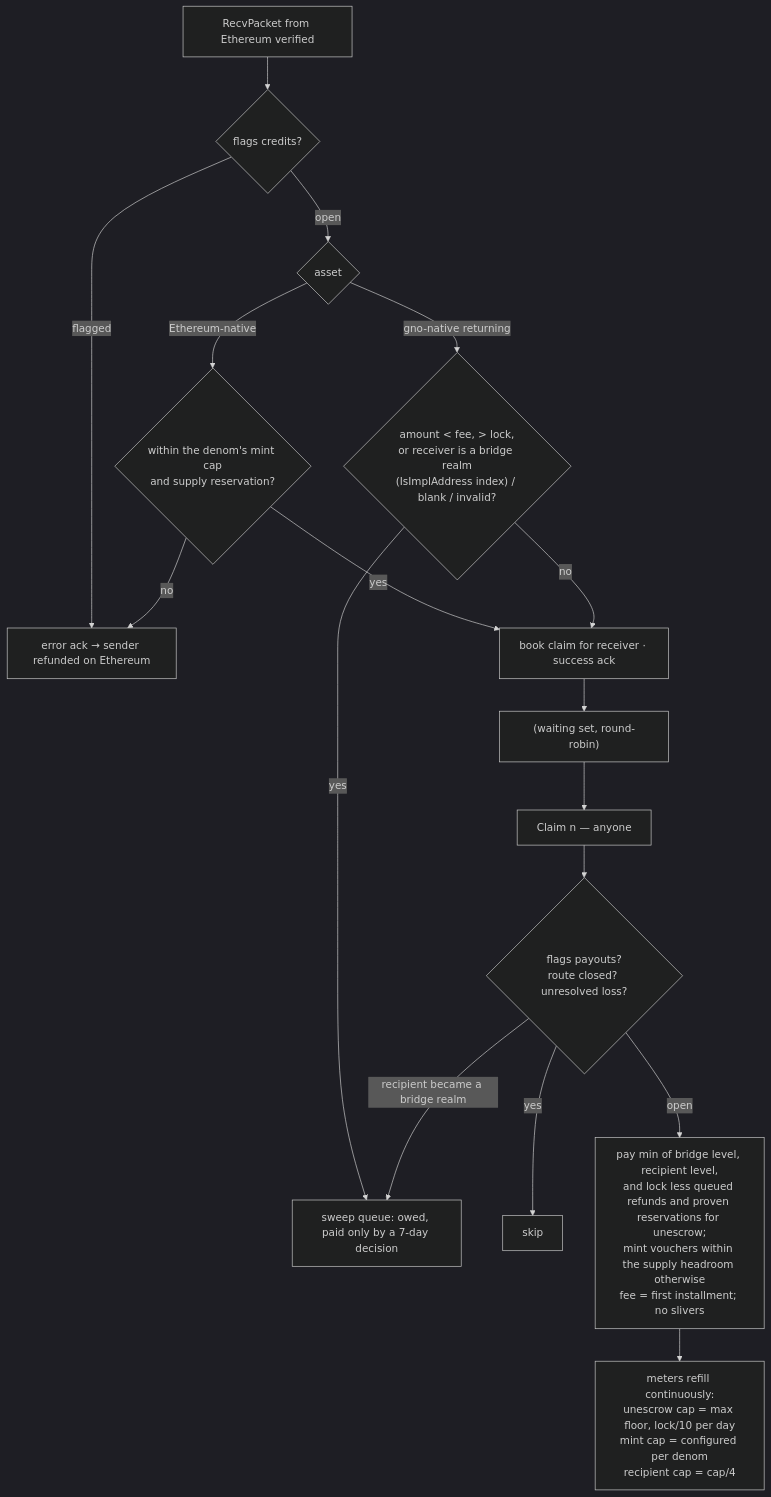
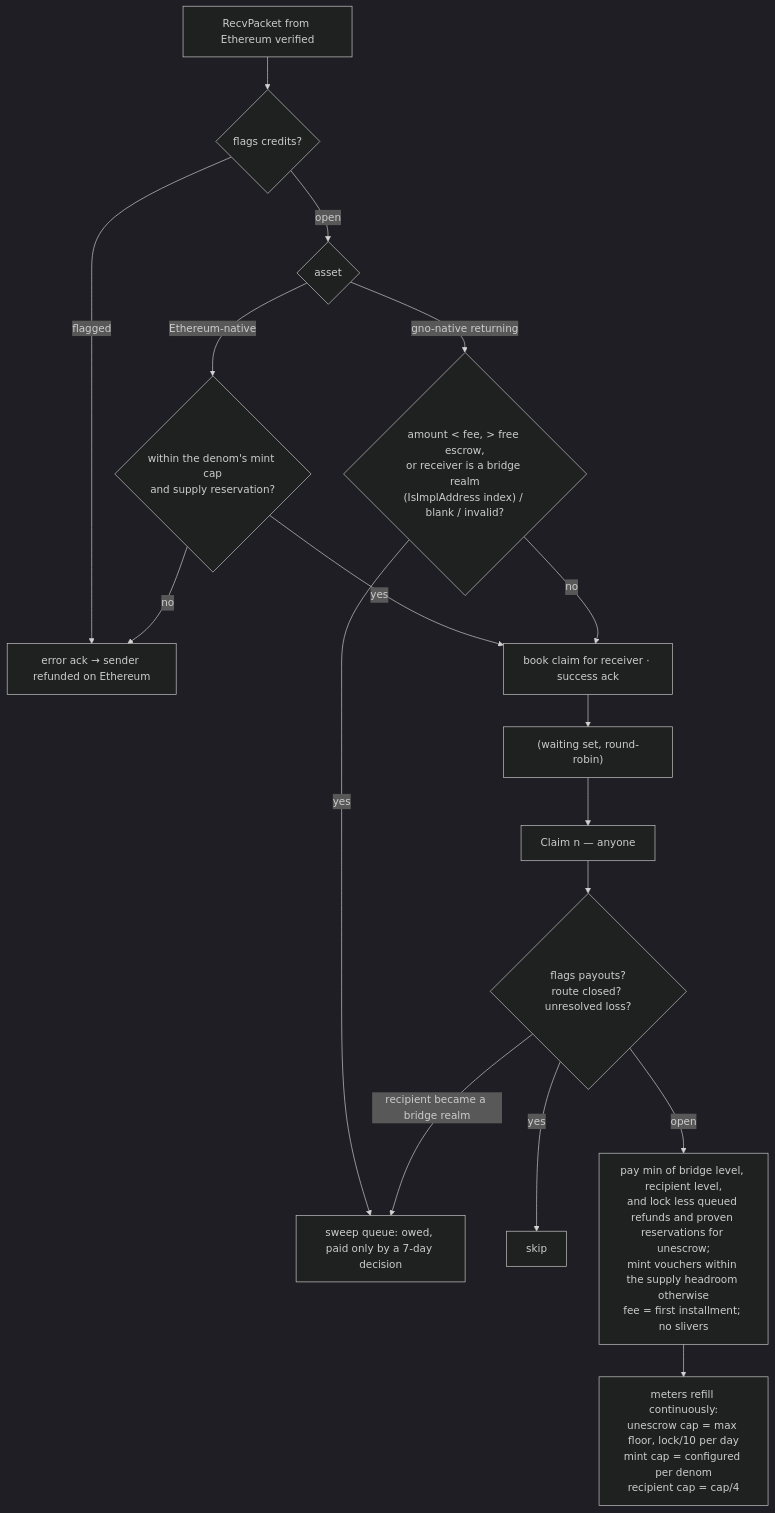
The ninth of 13 diagrams in gno.land/adr/pr6375_ibc_ethereum.md (gnolang/gno), drawn with Mermaid (dark theme) before and after one commit. The commit also changed other lines of this file, not shown here.

````diff
--- a/gno.land/adr/pr6375_ibc_ethereum.md
+++ b/gno.land/adr/pr6375_ibc_ethereum.md
@@ -674,19 +680,19 @@
 ```mermaid
 flowchart TD
   RX[RecvPacket from Ethereum verified] --> F{flags credits?}
   F -- flagged --> ERR[error ack → sender refunded on Ethereum]
   F -- open --> KIND{asset}
-  KIND -- gno-native returning --> SW{"amount < fee, > lock,<br/>or receiver is a bridge realm<br/>(IsImplAddress index) / blank / invalid?"}
+  KIND -- gno-native returning --> SW{"amount < fee, > free escrow,<br/>or receiver is a bridge realm<br/>(IsImplAddress index) / blank / invalid?"}
   KIND -- Ethereum-native --> MC{within the denom's mint cap<br/>and supply reservation?}
   MC -- no --> ERR
   MC -- yes --> CL
   SW -- yes --> SWEEP[sweep queue: owed, paid only by a 7-day decision]
   SW -- no --> CL[book claim for receiver · success ack]
   CL --> WQ["(waiting set, round-robin)"]
   WQ --> CLAIM[Claim n — anyone]
   CLAIM --> PF{"flags payouts?<br/>route closed? unresolved loss?"}
   PF -- yes --> STOP[skip]
   PF -- "recipient became a bridge realm" --> SWEEP
   PF -- open --> PAY[pay min of bridge level, recipient level,<br/>and lock less queued refunds and proven reservations for unescrow;<br/>mint vouchers within the supply headroom otherwise<br/>fee = first installment; no slivers]
   PAY --> REF[meters refill continuously:<br/>unescrow cap = max floor, lock/10 per day<br/>mint cap = configured per denom<br/>recipient cap = cap/4]
 ```
````
